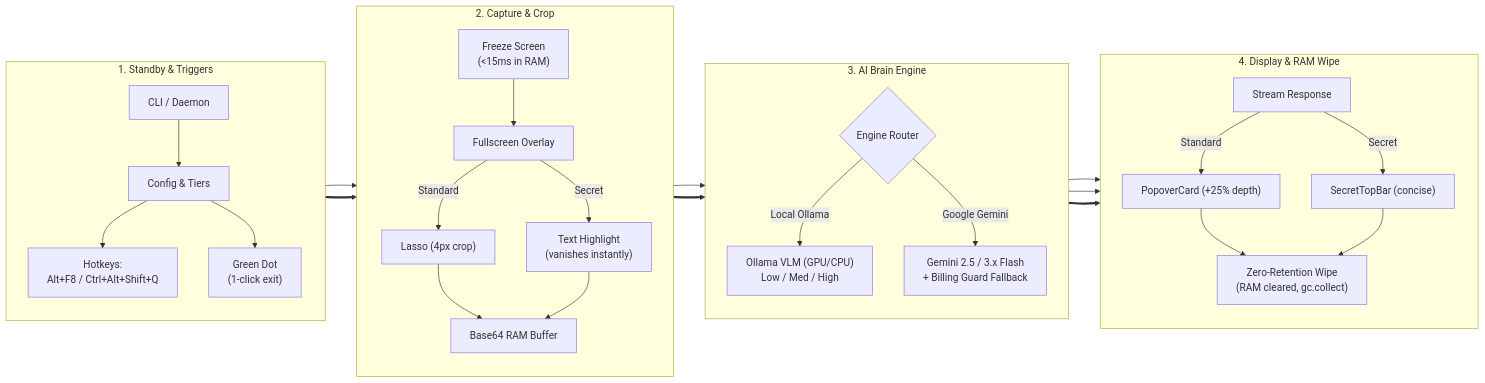
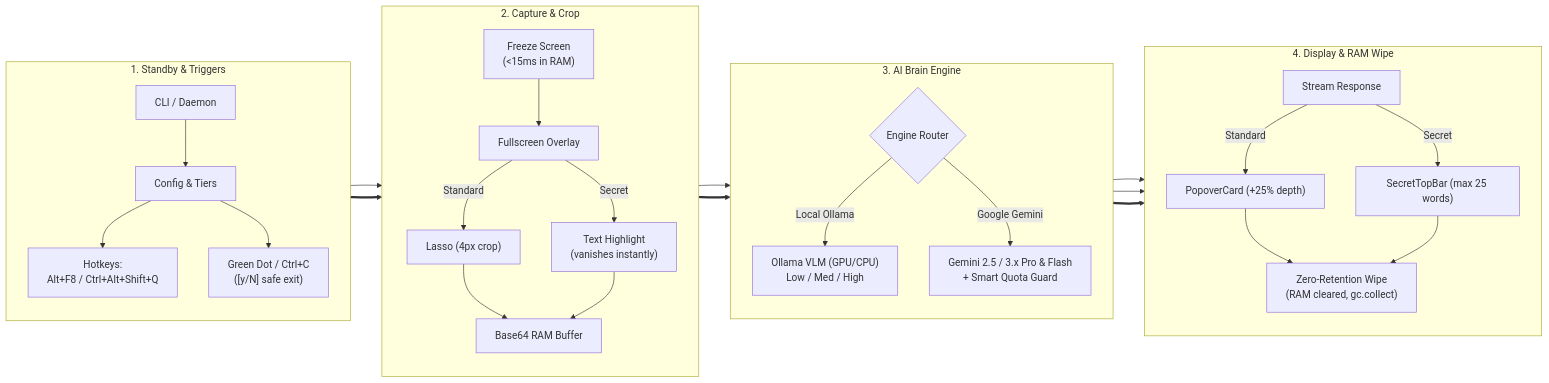
Before and after one commit to Jalop-end/ai-lens: the diagram in README.md, drawn with Mermaid. The commit also changed other lines of this file and 4 other files, not shown here.

````diff
--- a/README.md
+++ b/README.md
@@ -272,38 +273,38 @@
 ```mermaid
 flowchart LR
     subgraph S1 ["1. Standby & Triggers"]
         direction TB
         CLI["CLI / Daemon"] --> CFG["Config & Tiers"]
         CFG --> HK["Hotkeys:<br/>Alt+F8 / Ctrl+Alt+Shift+Q"]
-        CFG --> DOT["Green Dot<br/>(1-click exit)"]
+        CFG --> DOT["Green Dot / Ctrl+C<br/>([y/N] safe exit)"]
     end
 
     subgraph S2 ["2. Capture & Crop"]
         direction TB
         HK --> CAP["Freeze Screen<br/>(&lt;15ms in RAM)"]
         CAP --> OVR["Fullscreen Overlay"]
         OVR -->|"Standard"| LASSO["Lasso (4px crop)"]
         OVR -->|"Secret"| RECT["Text Highlight<br/>(vanishes instantly)"]
         LASSO --> CROP["Base64 RAM Buffer"]
         RECT --> CROP
     end
 
     subgraph S3 ["3. AI Brain Engine"]
         direction TB
         CROP --> ROUTE{"Engine Router"}
         ROUTE -->|"Local Ollama"| LOCAL["Ollama VLM (GPU/CPU)<br/>Low / Med / High"]
-        ROUTE -->|"Google Gemini"| CLOUD["Gemini 2.5 / 3.x Flash<br/>+ Billing Guard Fallback"]
+        ROUTE -->|"Google Gemini"| CLOUD["Gemini 2.5 / 3.x Pro & Flash<br/>+ Smart Quota Guard"]
     end
 
     subgraph S4 ["4. Display & RAM Wipe"]
         direction TB
         LOCAL --> DISP["Stream Response"]
         CLOUD --> DISP
         DISP -->|"Standard"| POP["PopoverCard (+25% depth)"]
-        DISP -->|"Secret"| BAR["SecretTopBar (concise)"]
+        DISP -->|"Secret"| BAR["SecretTopBar (max 25 words)"]
         POP --> WIPE["Zero-Retention Wipe<br/>(RAM cleared, gc.collect)"]
         BAR --> WIPE
     end
 
     S1 ==> S2 ==> S3 ==> S4
 ```
````
